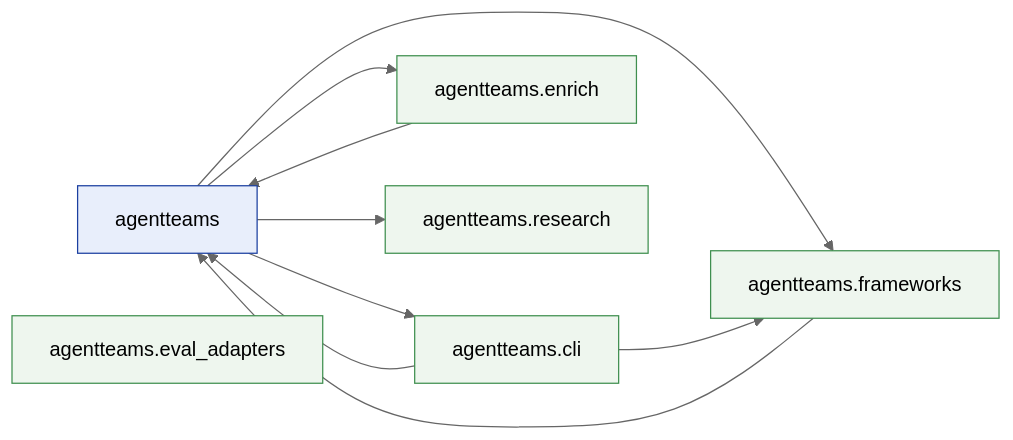
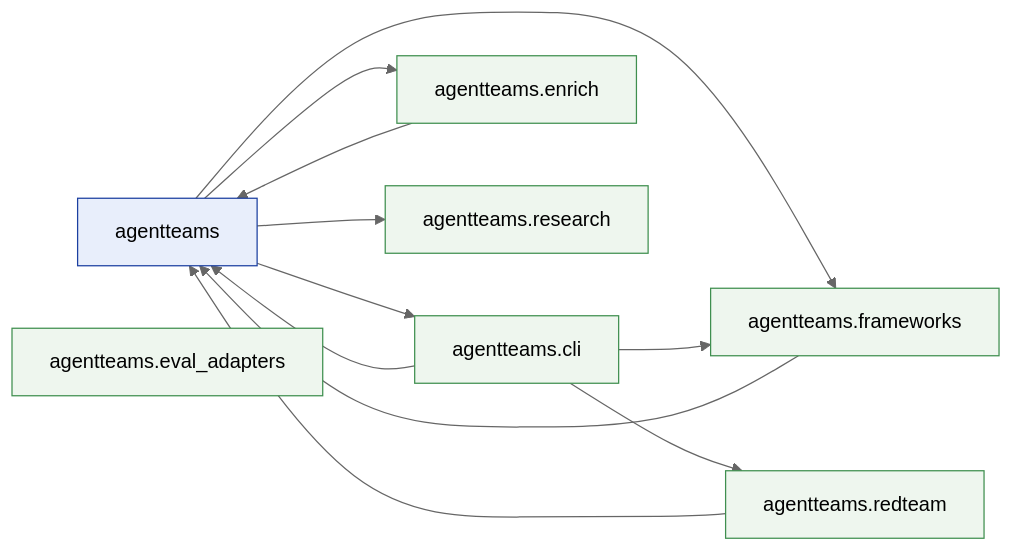
Before and after one commit to jlcatonjr/agentteams: the first of 2 diagrams in references/architecture-graph.md, drawn with Mermaid (neutral theme). The commit also changed other lines of this file and 46 other files, not shown here.

````diff
--- a/references/architecture-graph.md
+++ b/references/architecture-graph.md
@@ -186,25 +197,29 @@
 ```mermaid
 flowchart LR
     classDef root fill:#e8eefb,stroke:#1b3fa0,color:#000
     classDef sub  fill:#eef6ee,stroke:#3f8f4f,color:#000
     agentteams["agentteams"]
     class agentteams root
     agentteams_cli["agentteams.cli"]
     class agentteams_cli sub
     agentteams_enrich["agentteams.enrich"]
     class agentteams_enrich sub
     agentteams_eval_adapters["agentteams.eval_adapters"]
     class agentteams_eval_adapters sub
     agentteams_frameworks["agentteams.frameworks"]
     class agentteams_frameworks sub
+    agentteams_redteam["agentteams.redteam"]
+    class agentteams_redteam sub
     agentteams_research["agentteams.research"]
     class agentteams_research sub
     agentteams --> agentteams_cli
     agentteams --> agentteams_enrich
     agentteams --> agentteams_frameworks
     agentteams --> agentteams_research
     agentteams_cli --> agentteams
     agentteams_cli --> agentteams_frameworks
+    agentteams_cli --> agentteams_redteam
     agentteams_enrich --> agentteams
     agentteams_frameworks --> agentteams
+    agentteams_redteam --> agentteams
 ```
````
